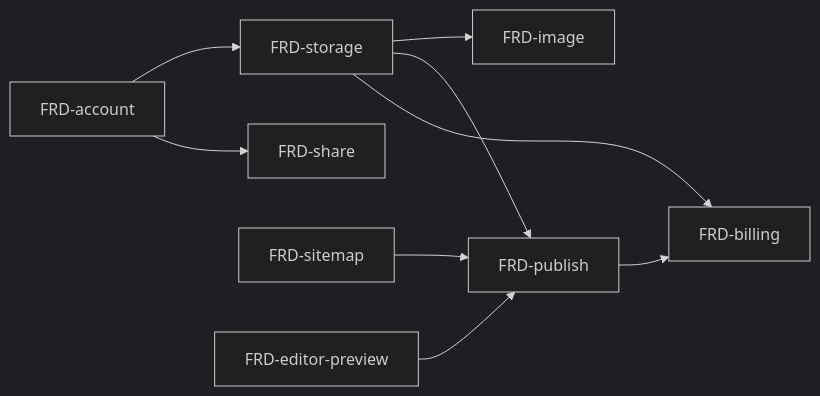
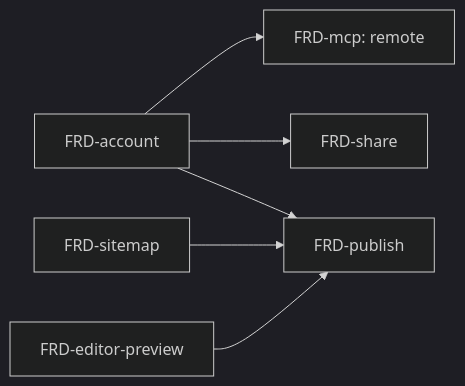
The diagram in docs/SPEC-v5.md (ngtrthvu3007/nodus), drawn with Mermaid (dark theme) before and after one commit. The commit also changed other lines of this file and 25 other files, not shown here.

````diff
--- a/docs/SPEC-v5.md
+++ b/docs/SPEC-v5.md
@@ -44,11 +47,8 @@
 ```mermaid
 flowchart LR
-    Account[FRD-account] --> Storage[FRD-storage]
-    Account --> Share[FRD-share]
-    Storage --> Image[FRD-image]
-    Storage --> Publish[FRD-publish]
+    Account[FRD-account] --> Share[FRD-share]
+    Account --> Publish[FRD-publish]
+    Account --> McpRemote[FRD-mcp: remote]
     Sitemap[FRD-sitemap] --> Publish
     Editor[FRD-editor-preview] --> Publish
-    Publish --> Billing[FRD-billing]
-    Storage --> Billing
 ```
````
